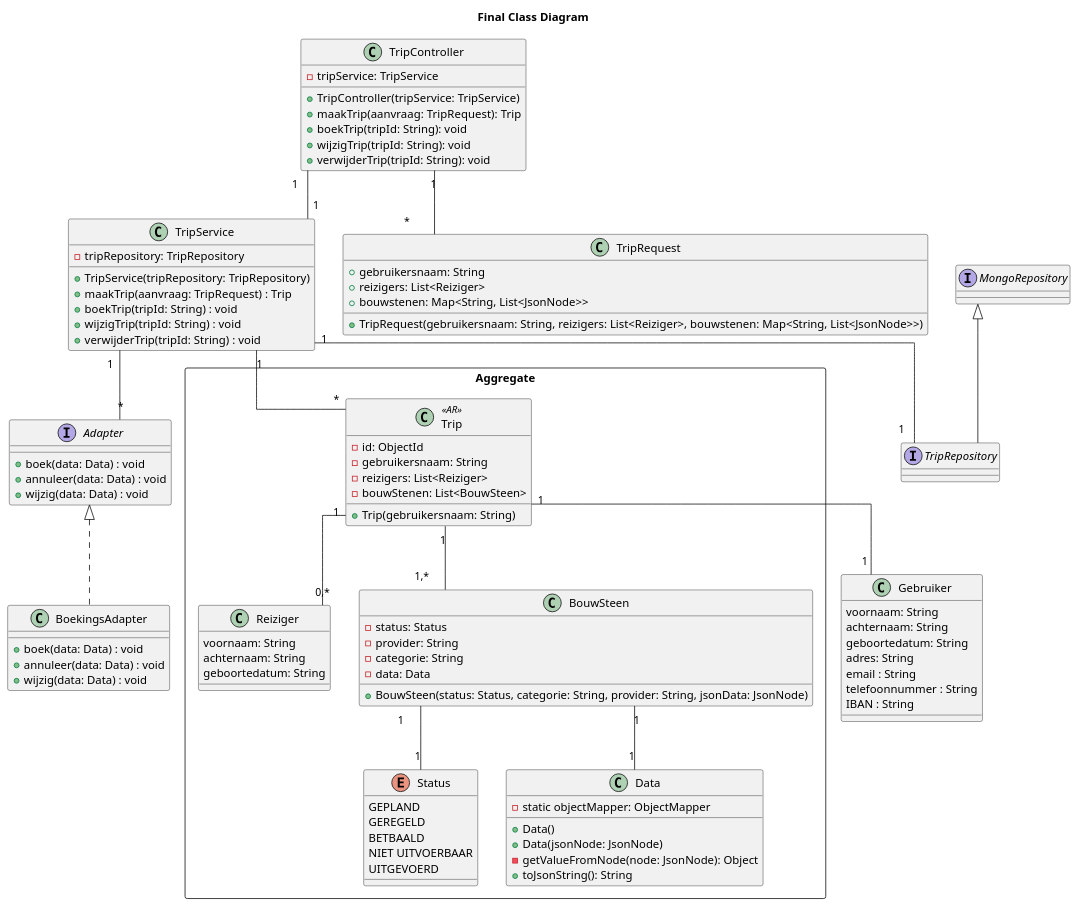
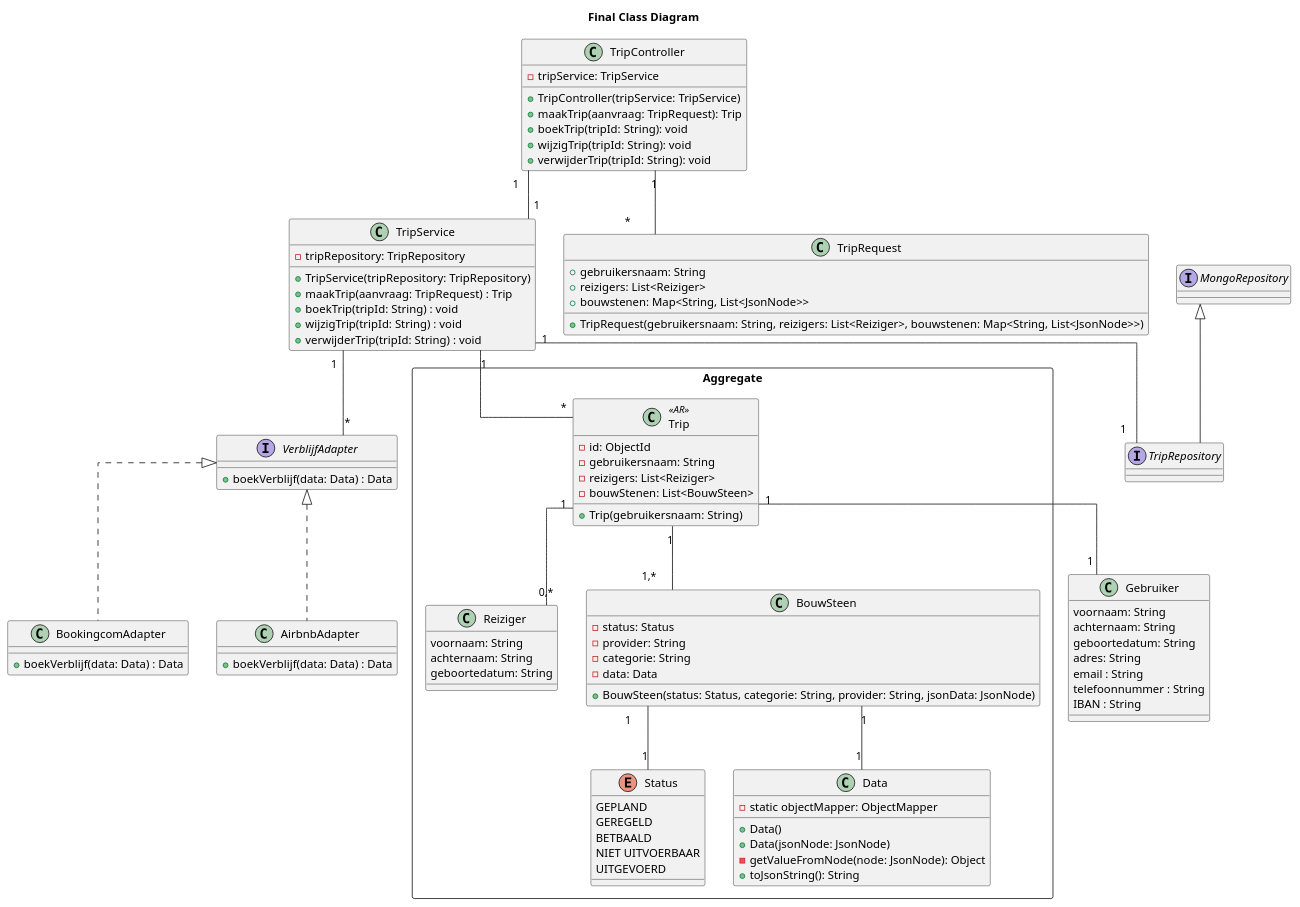
One commit to AIM-ENE-feb25/triptop-livingin-s-pain-nouri-siebe-boris changed the diagram in opdracht-diagrammen/Groeps-diagram/ClassdiagramPostProto.puml. Above: the diagram before and after it, drawn with PlantUML. The commit also changed 1 other file, not shown here.

```diff
--- a/opdracht-diagrammen/Groeps-diagram/ClassdiagramPostProto.puml
+++ b/opdracht-diagrammen/Groeps-diagram/ClassdiagramPostProto.puml
@@ -1,111 +1,111 @@
 @startuml
 'https://plantuml.com/class-diagram
 title Final Class Diagram
 skinparam linetype ortho
 
 class TripController {
     -tripService: TripService
     +TripController(tripService: TripService)
     +maakTrip(aanvraag: TripRequest): Trip
     +boekTrip(tripId: String): void
     +wijzigTrip(tripId: String): void
     +verwijderTrip(tripId: String): void
 }
 
 class TripService {
     -tripRepository: TripRepository
     +TripService(tripRepository: TripRepository)
     +maakTrip(aanvraag: TripRequest) : Trip
     +boekTrip(tripId: String) : void
     +wijzigTrip(tripId: String) : void
     +verwijderTrip(tripId: String) : void
 }
 
 interface TripRepository extends MongoRepository<Trip, String> {
 }
 
 class Gebruiker {
     voornaam: String
     achternaam: String
     geboortedatum: String
     adres: String
     email : String
     telefoonnummer : String
     IBAN : String
 }
 
 rectangle "Aggregate" {
 
 class Trip <<AR>> {
     -id: ObjectId
     -gebruikersnaam: String
     -reizigers: List<Reiziger>
     -bouwStenen: List<BouwSteen>
     +Trip(gebruikersnaam: String)
 }
 
 class Reiziger {
     voornaam: String
     achternaam: String
     geboortedatum: String
 }
 
 class BouwSteen {
     -status: Status
     -provider: String
     -categorie: String
     -data: Data
     +BouwSteen(status: Status, categorie: String, provider: String, jsonData: JsonNode)
 }
 
 enum Status {
    GEPLAND
    GEREGELD
    BETBAALD
    NIET UITVOERBAAR
    UITGEVOERD
 }
 
 class Data  {
     -static objectMapper: ObjectMapper
     +Data()
     +Data(jsonNode: JsonNode)
     -getValueFromNode(node: JsonNode): Object
     +toJsonString(): String
 }
 
 }
 
-interface Adapter {
-    +boek(data: Data) : void
-    +annuleer(data: Data) : void
-    +wijzig(data: Data) : void
+interface VerblijfAdapter {
+    +boekVerblijf(data: Data) : Data
 }
 
-class BoekingsAdapter implements Adapter {
-    +boek(data: Data) : void
-    +annuleer(data: Data) : void
-    +wijzig(data: Data) : void
+class BookingcomAdapter implements VerblijfAdapter {
+    +boekVerblijf(data: Data) : Data
+}
+
+class AirbnbAdapter implements VerblijfAdapter {
+    +boekVerblijf(data: Data) : Data
 }
 
 class TripRequest {
     +gebruikersnaam: String
     +reizigers: List<Reiziger>
     +bouwstenen: Map<String, List<JsonNode>>
     +TripRequest(gebruikersnaam: String, reizigers: List<Reiziger>, bouwstenen: Map<String, List<JsonNode>>)
 }
 
 TripController "1" -- "1" TripService
 TripService "1" -- "1" TripRepository
 TripController "1" -- "*" TripRequest
 
 TripService "1" -- "*" Trip
-TripService "1" -- "*" Adapter
+TripService "1" -- "*" VerblijfAdapter
 
 BouwSteen "1" -- "1" Data
 BouwSteen "1" -- "1" Status
 Trip "1" -- "1,*" BouwSteen
 Trip "1" -- "0,*" Reiziger
 Trip "1" -- "1" Gebruiker
 
 @enduml
```
